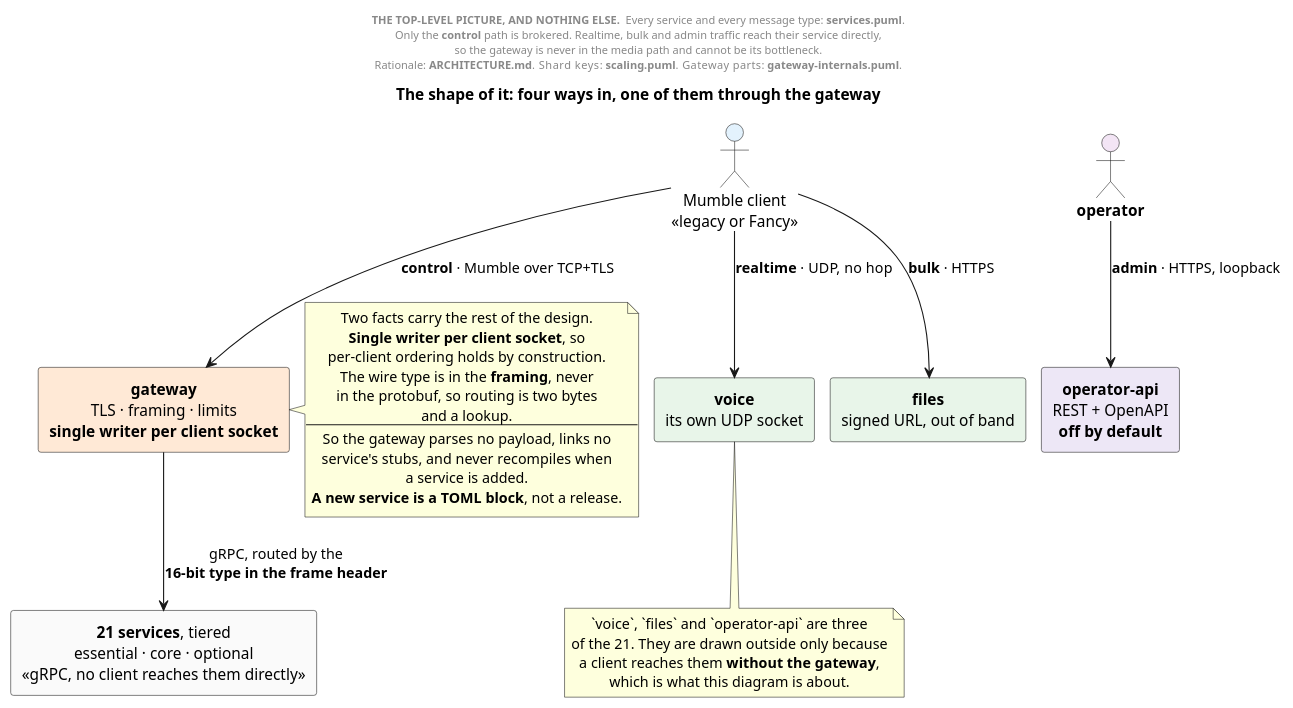
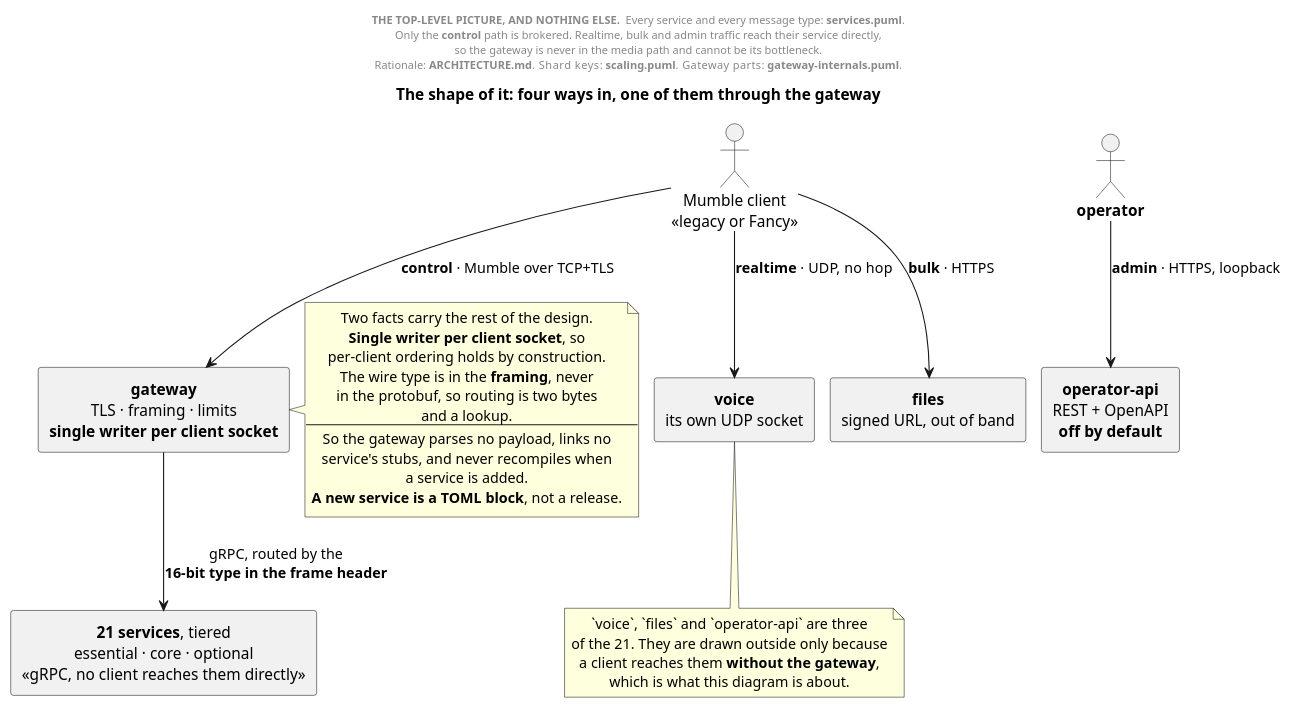
The diagram in docs/diagrams/shape.iuml (Fancy-Mumble/starling), drawn with PlantUML before and after one commit. The commit also changed 34 other files, not shown here.

```diff
--- a/docs/diagrams/shape.iuml
+++ b/docs/diagrams/shape.iuml
@@ -1,71 +1,72 @@
 ' The body of shape.puml / shape-dark.puml. Not a diagram on its own: it carries
 ' no start marker, so PlantUML will not render this file directly.
 '
 ' Careful: the start and end markers must not appear in this file *at all*, not
 ' even inside a comment like this one. PlantUML scans for them lexically, so a
 ' comment that merely names one opens a second diagram here and the include
 ' fails with a line number pointing at neither. That cost a bisect to find.
 '
 ' Split out because the README ships a light and a dark render and they must not
 ' drift. Everything that is the same in both lives here; each wrapper adds only
 ' the handful of colours that differ. A global switch cannot do this job:
 ' `-darkmode`, `-S<param>` and the env lookup were all tried and all lose to the
 ' `!theme` and the explicit fills below, which is why the split exists.
 '
-' The cards keep their light fills and dark text in both renders. Only the
-' canvas and the text floating on it change, so the dark variant is the same
-' picture on a dark page rather than a differently-coloured picture.
+' Every colour is a variable set by the wrapper, so the dark render is dark
+' throughout: dark canvas, dark cards, light text. An earlier attempt changed
+' only the canvas and left the cards white, which on a dark page is a worse
+' result than no dark mode at all.
 
 skinparam componentStyle rectangle
 skinparam shadowing false
 skinparam nodesep 14
 skinparam ranksep 45
 skinparam defaultTextAlignment center
 
 title The shape of it: four ways in, one of them through the gateway
 
 header
 <b>THE TOP-LEVEL PICTURE, AND NOTHING ELSE.</b>  Every service and every message type: <b>services.puml</b>.
 Only the <b>control</b> path is brokered. Realtime, bulk and admin traffic reach their service directly,
 so the gateway is never in the media path and cannot be its bottleneck.
 Rationale: <b>ARCHITECTURE.md</b>.   Shard keys: <b>scaling.puml</b>.   Gateway parts: <b>gateway-internals.puml</b>.
 endheader
 
-actor "Mumble client\n«legacy or Fancy»" as client #E3F2FD
-actor "**operator**" as oper #F3E5F5
+actor "Mumble client\n«legacy or Fancy»" as client $c_client
+actor "**operator**" as oper $c_oper
 
-component "**gateway**\nTLS · framing · limits\n**single writer per client socket**" as gw #FFE9D6
+component "**gateway**\nTLS · framing · limits\n**single writer per client socket**" as gw $c_gw
 
-component "**21 services**, tiered\nessential · core · optional\n«gRPC, no client reaches them directly»" as svc #FAFAFA
+component "**21 services**, tiered\nessential · core · optional\n«gRPC, no client reaches them directly»" as svc $c_svc
 
-component "**voice**\nits own UDP socket" as voice #E8F5E9
-component "**files**\nsigned URL, out of band" as files #E8F5E9
-component "**operator-api**\nREST + OpenAPI\n**off by default**" as opapi #EDE7F6
+component "**voice**\nits own UDP socket" as voice $c_media
+component "**files**\nsigned URL, out of band" as files $c_media
+component "**operator-api**\nREST + OpenAPI\n**off by default**" as opapi $c_opapi
 
 client --> gw : **control** · Mumble over TCP+TLS
 gw --> svc : gRPC, routed by the\n**16-bit type in the frame header**
 
 client --> voice : **realtime** · UDP, no hop
 client --> files : **bulk** · HTTPS
 oper --> opapi : **admin** · HTTPS, loopback
 
 note right of gw
   Two facts carry the rest of the design.
   **Single writer per client socket**, so
   per-client ordering holds by construction.
   The wire type is in the **framing**, never
   in the protobuf, so routing is two bytes
   and a lookup.
   --
   So the gateway parses no payload, links no
   service's stubs, and never recompiles when
   a service is added.
   **A new service is a TOML block**, not a release.
 end note
 
 note bottom of voice
   `voice`, `files` and `operator-api` are three
   of the 21. They are drawn outside only because
   a client reaches them **without the gateway**,
   which is what this diagram is about.
 end note
```
